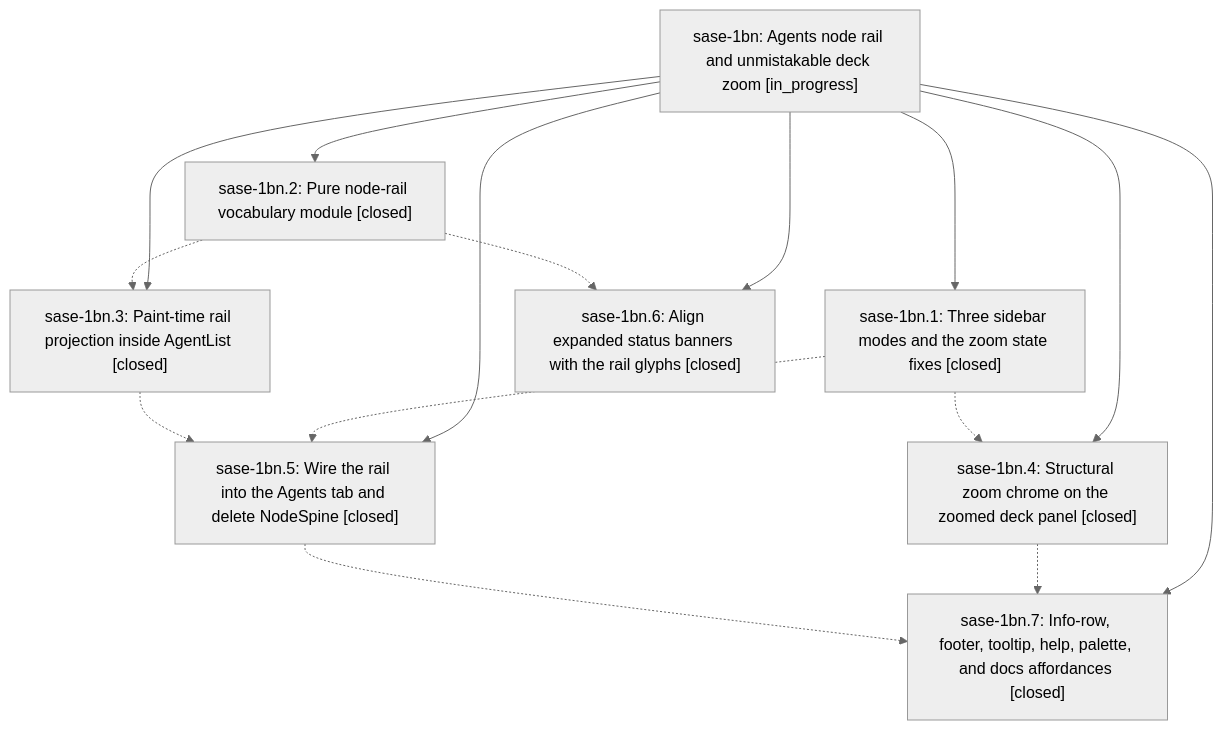
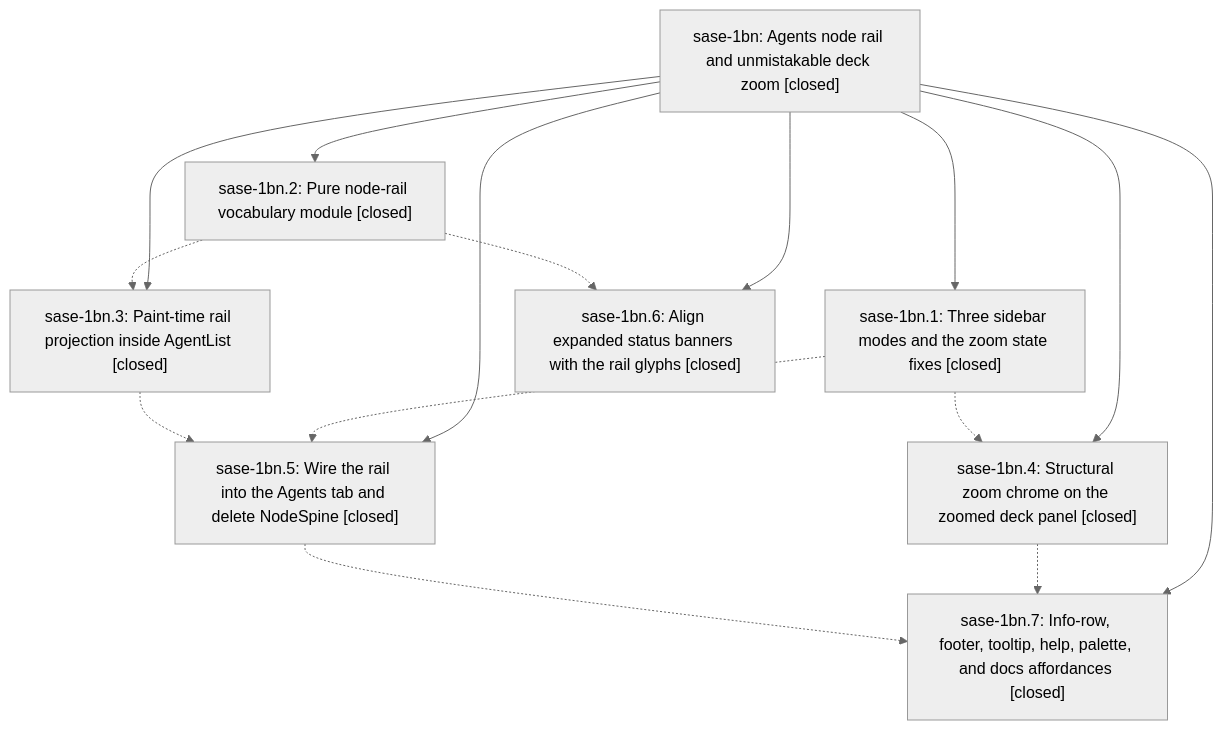
One commit to sase-org/sase--beads changed the diagram in pages/sase-1bn/README.md. Above: the diagram before and after it, drawn with Mermaid (neutral theme). The commit also changed other lines of this file and 1 other file, not shown here.

First line of the commit message:
chore(beads): sync bead state and pages for sase-1bn

````diff
--- a/pages/sase-1bn/README.md
+++ b/pages/sase-1bn/README.md
@@ -57,25 +79,25 @@
 ```mermaid
 flowchart TD
-    n0["sase-1bn: Agents node rail and unmistakable deck zoom [in_progress]"]
+    n0["sase-1bn: Agents node rail and unmistakable deck zoom [closed]"]
     n1["sase-1bn.1: Three sidebar modes and the zoom state fixes [closed]"]
     n2["sase-1bn.2: Pure node-rail vocabulary module [closed]"]
     n3["sase-1bn.3: Paint-time rail projection inside AgentList [closed]"]
     n4["sase-1bn.4: Structural zoom chrome on the zoomed deck panel [closed]"]
     n5["sase-1bn.5: Wire the rail into the Agents tab and delete NodeSpine [closed]"]
     n6["sase-1bn.6: Align expanded status banners with the rail glyphs [closed]"]
     n7["sase-1bn.7: Info-row, footer, tooltip, help, palette, and docs affordances [closed]"]
     n0 --> n1
     n0 --> n2
     n0 --> n3
     n0 --> n4
     n0 --> n5
     n0 --> n6
     n0 --> n7
     n1 -.-> n4
     n1 -.-> n5
     n2 -.-> n3
     n2 -.-> n6
     n3 -.-> n5
     n4 -.-> n7
     n5 -.-> n7
 ```
````
